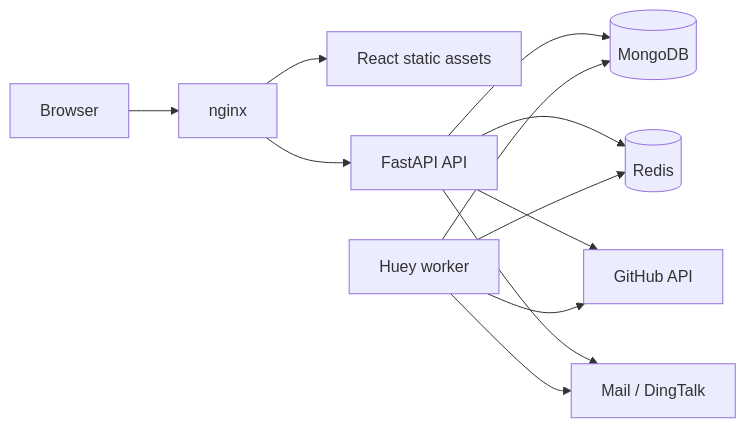
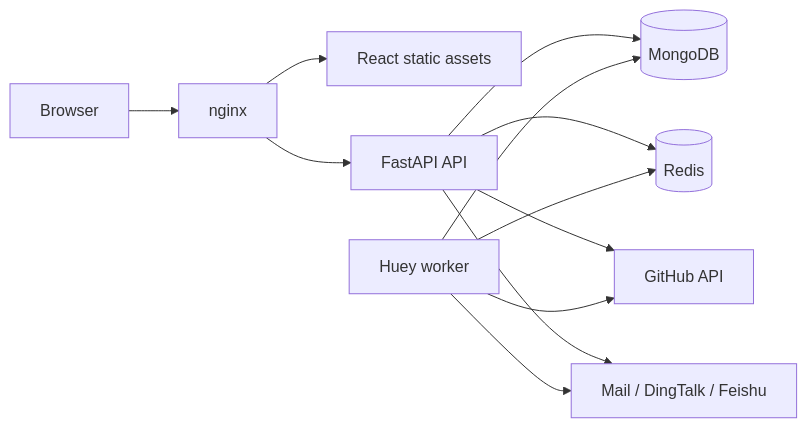
The diagram in README.MD (Southseast/SkyRadar), drawn with Mermaid before and after one commit. The commit also changed other lines of this file and 12 other files, not shown here.

````diff
--- a/README.MD
+++ b/README.MD
@@ -59,14 +60,14 @@
 ```mermaid
 flowchart LR
     user[Browser] --> nginx[nginx]
     nginx --> ui[React static assets]
     nginx --> api[FastAPI API]
     api --> mongo[(MongoDB)]
     api --> redis[(Redis)]
     api --> github[GitHub API]
-    api --> notify[Mail / DingTalk]
+    api --> notify[Mail / DingTalk / Feishu]
     worker[Huey worker] --> redis
     worker --> mongo
     worker --> github
     worker --> notify
 ```
````
